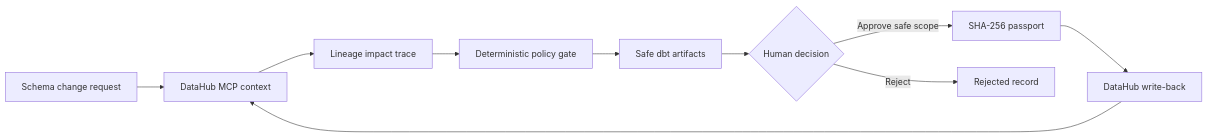
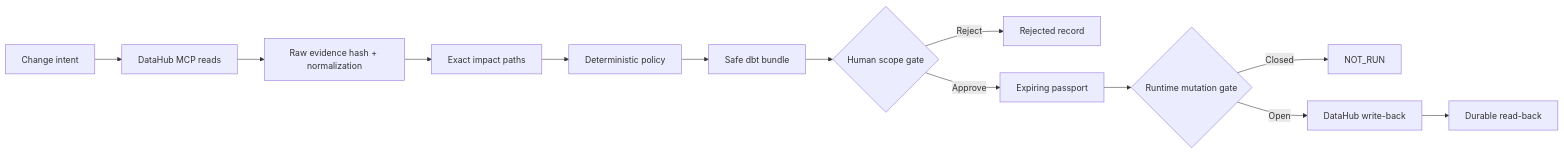
The diagram in README.md (zyganali-glitch/ContextSeal), drawn with Mermaid before and after one commit. The commit also changed other lines of this file and 86 other files, not shown here.

Commit message:
Harden ContextSeal submission and DataHub proof

````diff
--- a/README.md
+++ b/README.md
@@ -50,12 +96,15 @@
 ```mermaid
 flowchart LR
-    R["Schema change request"] --> C["DataHub MCP context"]
-    C --> I["Lineage impact trace"]
-    I --> P["Deterministic policy gate"]
-    P --> G["Safe dbt artifacts"]
-    G --> H{"Human decision"}
-    H -->|Approve safe scope| S["SHA-256 passport"]
+    R["Change intent"] --> M["DataHub MCP reads"]
+    M --> E["Raw evidence hash + normalization"]
+    E --> I["Exact impact paths"]
+    I --> P["Deterministic policy"]
+    P --> G["Safe dbt bundle"]
+    G --> H{"Human scope gate"}
     H -->|Reject| X["Rejected record"]
-    S --> W["DataHub write-back"]
-    W --> C
+    H -->|Approve| C["Expiring passport"]
+    C --> W{"Runtime mutation gate"}
+    W -->|Closed| N["NOT_RUN"]
+    W -->|Open| D["DataHub write-back"]
+    D --> V["Durable read-back"]
 ```
````
